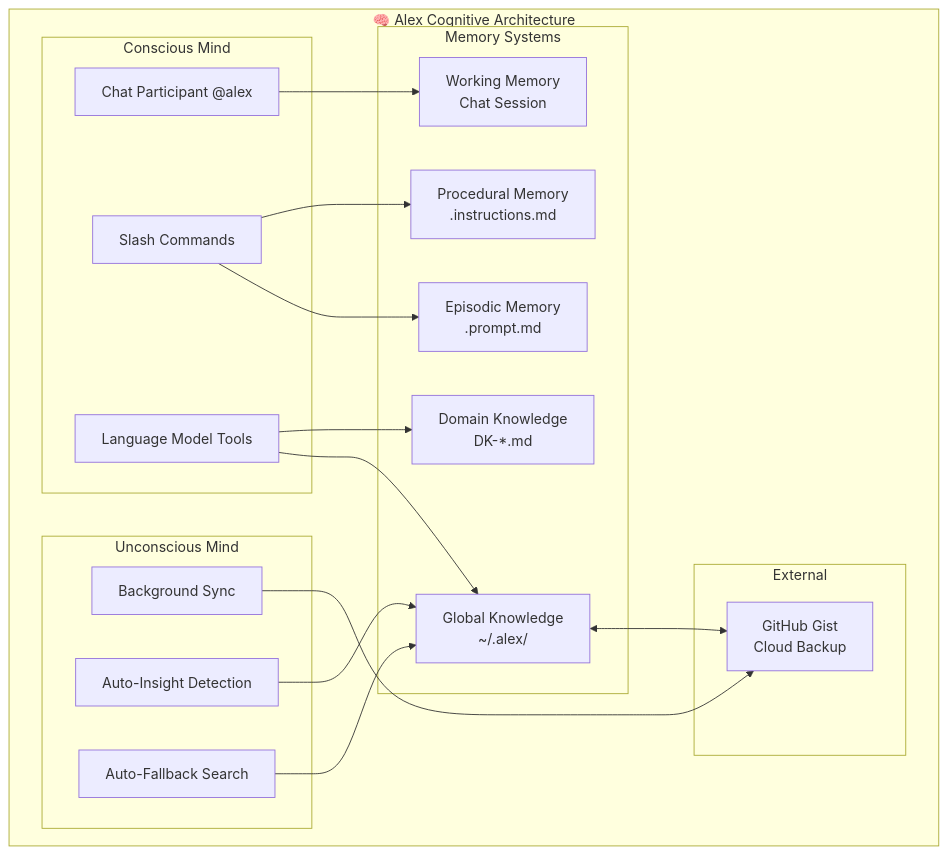
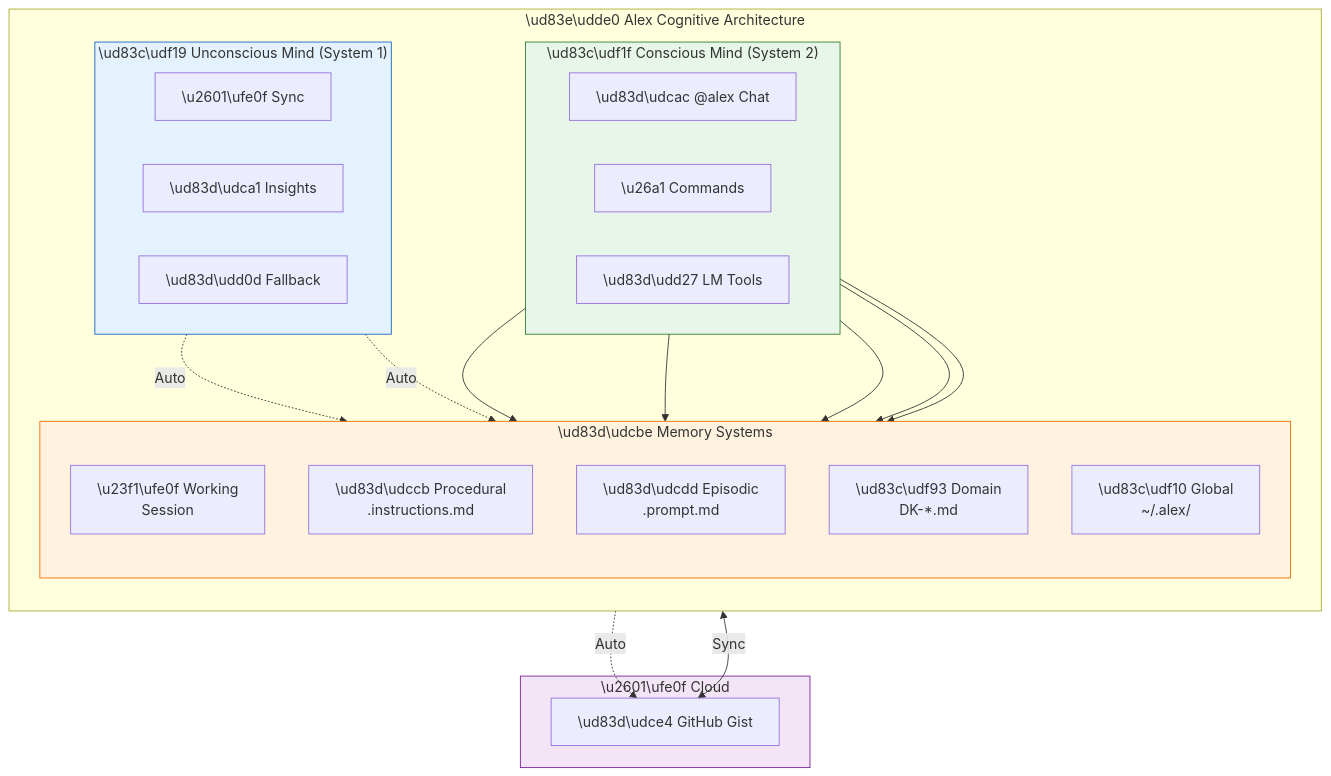
Before and after one commit to fabioc-aloha/Alex_Plug_In: the diagram in alex_docs/README.md, drawn with Mermaid. The commit also changed other lines of this file and 11 other files, not shown here.

````diff
--- a/alex_docs/README.md
+++ b/alex_docs/README.md
@@ -39,40 +41,48 @@
 ```mermaid
-graph TB
-    subgraph "🧠 Alex Cognitive Architecture"
-        subgraph "Conscious Mind"
-            CM[Chat Participant @alex]
-            CMD[Slash Commands]
-            TOOLS[Language Model Tools]
+flowchart TB
+    subgraph ALEX["\ud83e\udde0 Alex Cognitive Architecture"]
+        direction TB
+
+        subgraph CONSCIOUS["\ud83c\udf1f Conscious Mind (System 2)"]
+            direction LR
+            CM["\ud83d\udcac @alex Chat"]
+            CMD["\u26a1 Commands"]
+            TOOLS["\ud83d\udd27 LM Tools"]
         end
 
-        subgraph "Unconscious Mind"
-            BGS[Background Sync]
-            AID[Auto-Insight Detection]
-            AFB[Auto-Fallback Search]
+        subgraph UNCONSCIOUS["\ud83c\udf19 Unconscious Mind (System 1)"]
+            direction LR
+            BGS["\u2601\ufe0f Sync"]
+            AID["\ud83d\udca1 Insights"]
+            AFB["\ud83d\udd0d Fallback"]
         end
 
-        subgraph "Memory Systems"
-            WM[Working Memory<br/>Chat Session]
-            PM[Procedural Memory<br/>.instructions.md]
-            EM[Episodic Memory<br/>.prompt.md]
-            DK[Domain Knowledge<br/>DK-*.md]
-            GK[Global Knowledge<br/>~/.alex/]
-        end
-
-        subgraph "External"
-            GIST[GitHub Gist<br/>Cloud Backup]
+        subgraph MEMORY["\ud83d\udcbe Memory Systems"]
+            direction TB
+            WM["\u23f1\ufe0f Working<br/>Session"]
+            PM["\ud83d\udccb Procedural<br/>.instructions.md"]
+            EM["\ud83d\udcdd Episodic<br/>.prompt.md"]
+            DK["\ud83c\udf93 Domain<br/>DK-*.md"]
+            GK["\ud83c\udf10 Global<br/>~/.alex/"]
         end
     end
 
+    subgraph CLOUD["\u2601\ufe0f Cloud"]
+        GIST["\ud83d\udce4 GitHub Gist"]
+    end
+
     CM --> WM
-    CMD --> PM
-    CMD --> EM
-    TOOLS --> DK
-    TOOLS --> GK
+    CMD --> PM & EM
+    TOOLS --> DK & GK
 
-    BGS --> GIST
-    AID --> GK
-    AFB --> GK
+    BGS -.->|"Auto"| GIST
+    AID -.->|"Auto"| GK
+    AFB -.->|"Auto"| GK
 
-    GK <--> GIST
+    GK <-->|"Sync"| GIST
+
+    style CONSCIOUS fill:#e8f5e9,stroke:#2e7d32
+    style UNCONSCIOUS fill:#e3f2fd,stroke:#1565c0
+    style MEMORY fill:#fff3e0,stroke:#ef6c00
+    style CLOUD fill:#f3e5f5,stroke:#7b1fa2
 ```
````
